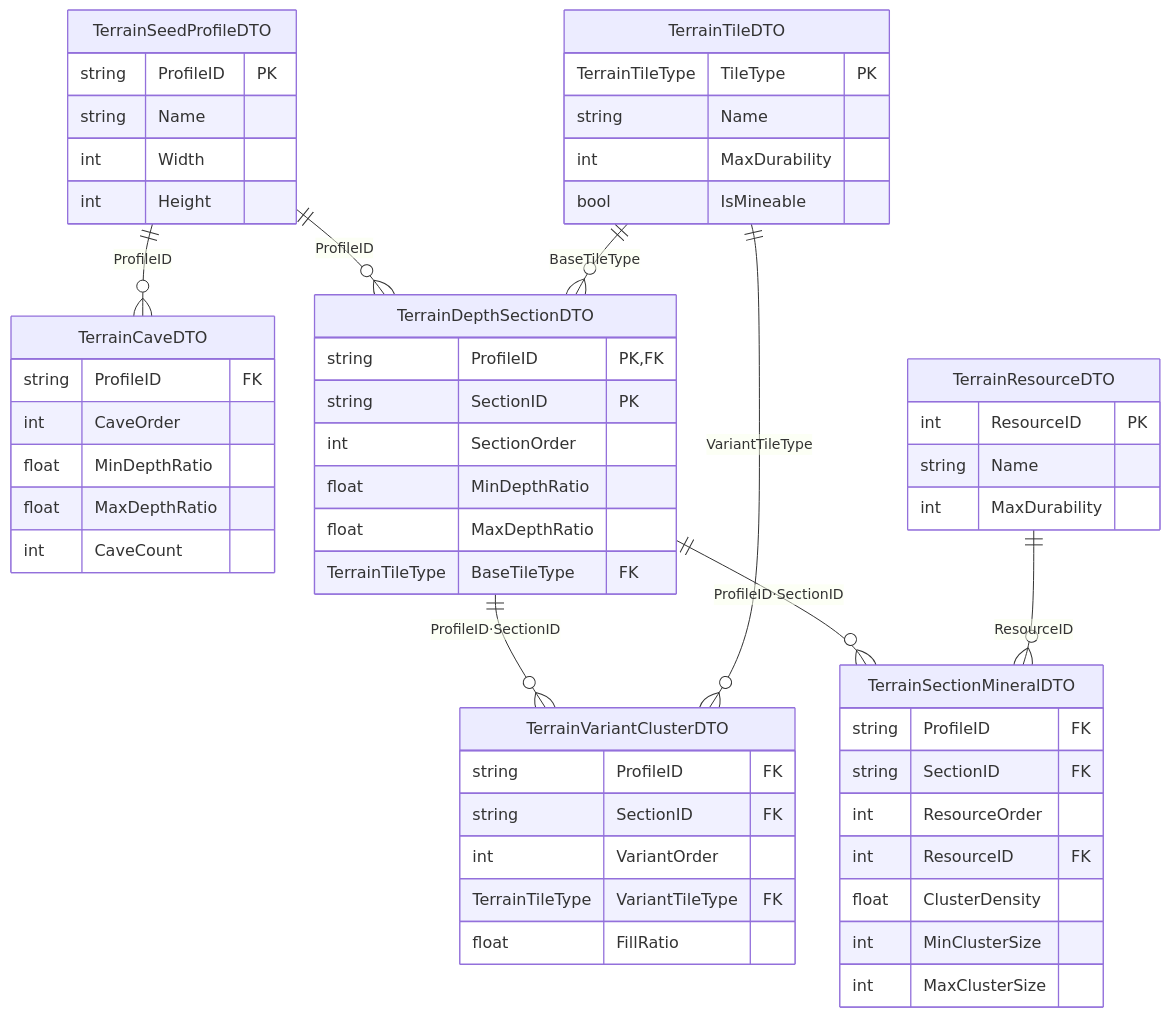
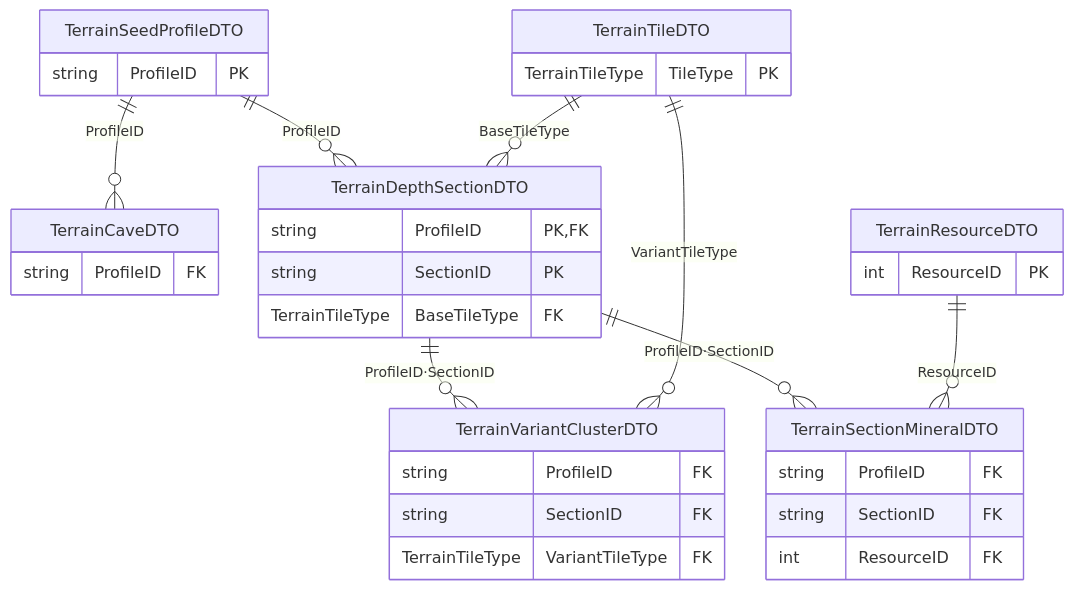
Before and after one commit to keeeery/portfolio: the sixth of 12 diagrams in src/2-Folk-Sack/TechDoc_FolkSack.md, drawn with Mermaid. The commit also changed other lines of this file and 13 other files, not shown here.

````diff
--- a/src/2-Folk-Sack/TechDoc_FolkSack.md
+++ b/src/2-Folk-Sack/TechDoc_FolkSack.md
@@ -348,64 +340,43 @@
 ```mermaid
 %%{init: {"er": {"nodeSpacing": 40, "rankSpacing": 50}}}%%
 erDiagram
     TerrainSeedProfileDTO ||--o{ TerrainCaveDTO : "ProfileID"
     TerrainSeedProfileDTO ||--o{ TerrainDepthSectionDTO : "ProfileID"
     TerrainTileDTO ||--o{ TerrainDepthSectionDTO : "BaseTileType"
     TerrainDepthSectionDTO ||--o{ TerrainVariantClusterDTO : "ProfileID·SectionID"
     TerrainTileDTO ||--o{ TerrainVariantClusterDTO : "VariantTileType"
     TerrainDepthSectionDTO ||--o{ TerrainSectionMineralDTO : "ProfileID·SectionID"
     TerrainResourceDTO ||--o{ TerrainSectionMineralDTO : "ResourceID"
     %% 격자: TerrainSeedProfileDTO - TerrainTileDTO | TerrainCaveDTO TerrainDepthSectionDTO - | TerrainResourceDTO TerrainSectionMineralDTO TerrainVariantClusterDTO
     %% 화살표 TerrainSeedProfileDTO -> TerrainDepthSectionDTO: 나감=아래 들어감=위
     %% 화살표 TerrainTileDTO -> TerrainDepthSectionDTO: 나감=아래 들어감=위
     %% 화살표 TerrainDepthSectionDTO -> TerrainVariantClusterDTO: 나감=아래 들어감=위
     %% 격자 맞춤: 위
     TerrainTileDTO {
         TerrainTileType TileType PK
-        string Name
-        int MaxDurability
-        bool IsMineable
     }
     TerrainResourceDTO {
         int ResourceID PK
-        string Name
-        int MaxDurability
     }
     TerrainSeedProfileDTO {
         string ProfileID PK
-        string Name
-        int Width
-        int Height
     }
     TerrainDepthSectionDTO {
         string ProfileID PK, FK
         string SectionID PK
-        int SectionOrder
-        float MinDepthRatio
-        float MaxDepthRatio
         TerrainTileType BaseTileType FK
     }
     TerrainSectionMineralDTO {
         string ProfileID FK
         string SectionID FK
-        int ResourceOrder
         int ResourceID FK
-        float ClusterDensity
-        int MinClusterSize
-        int MaxClusterSize
     }
     TerrainVariantClusterDTO {
         string ProfileID FK
         string SectionID FK
-        int VariantOrder
         TerrainTileType VariantTileType FK
-        float FillRatio
     }
     TerrainCaveDTO {
         string ProfileID FK
-        int CaveOrder
-        float MinDepthRatio
-        float MaxDepthRatio
-        int CaveCount
     }
 ```
````
